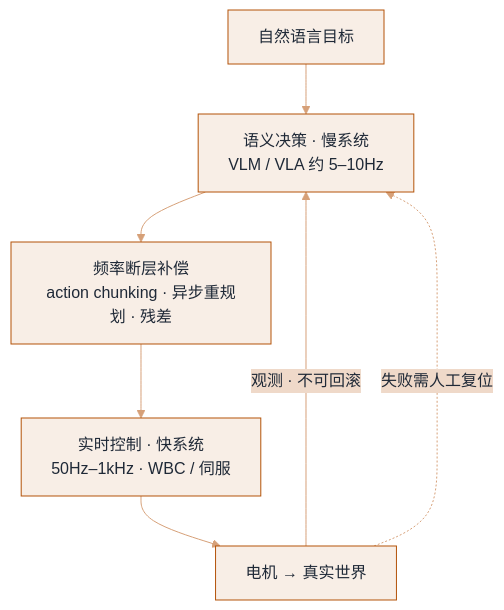
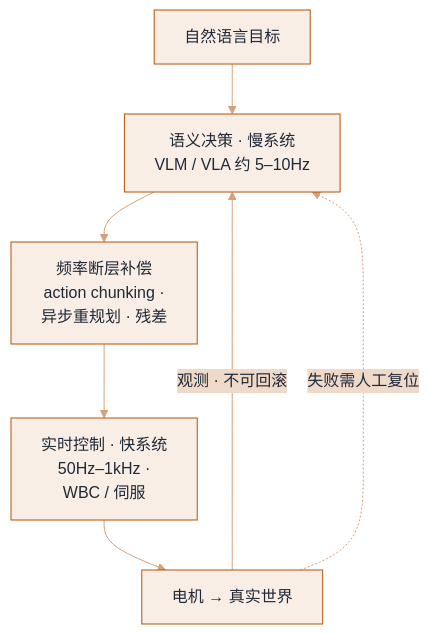
One commit to funny8kids/ai-agent-handbook changed the diagram in docs/17-embodied-ai/README.md. Above: the diagram before and after it, drawn with Mermaid. The commit also changed 7 other files, not shown here.

````diff
--- a/docs/17-embodied-ai/README.md
+++ b/docs/17-embodied-ai/README.md
@@ -26,10 +26,10 @@
 ```mermaid
 %%{init: {"theme":"base","themeVariables":{"primaryColor":"#F8EEE6","primaryBorderColor":"#B45309","primaryTextColor":"#1F2937","secondaryColor":"#EFD9C9","tertiaryColor":"#FCF8F5","lineColor":"#D6A078","actorBkg":"#F9F1EB","actorBorder":"#B45309","actorTextColor":"#1F2937","signalColor":"#CB8753","noteBkgColor":"#F2E0D3","noteBorderColor":"#B45309","noteTextColor":"#1F2937","labelBoxBkgColor":"#F8EEE6","labelBoxBorderColor":"#B45309"}}}%%
 flowchart TB
   GOAL[自然语言目标] --> SLOW[语义决策 · 慢系统<br/>VLM / VLA 约 5–10Hz]
-  SLOW --> BRIDGE[频率断层补偿<br/>action chunking · 异步重规划 · 残差]
-  BRIDGE --> FAST[实时控制 · 快系统<br/>50Hz–1kHz · WBC / 伺服]
+  SLOW --> BRIDGE[频率断层补偿<br/>action chunking ·<br/>异步重规划 · 残差]
+  BRIDGE --> FAST[实时控制 · 快系统<br/>50Hz–1kHz ·<br/>WBC / 伺服]
   FAST --> MOTOR[电机 → 真实世界]
   MOTOR -- 观测 · 不可回滚 --> SLOW
   MOTOR -. 失败需人工复位 .-> SLOW
 ```
````
